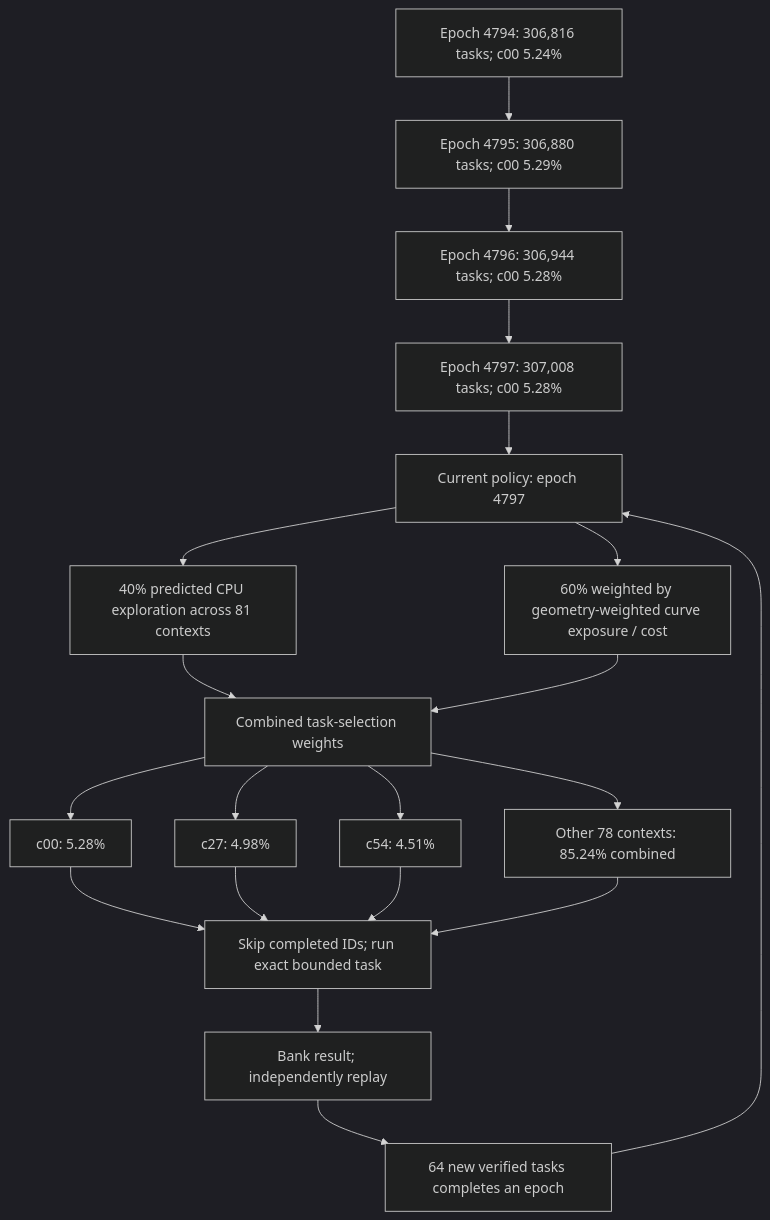
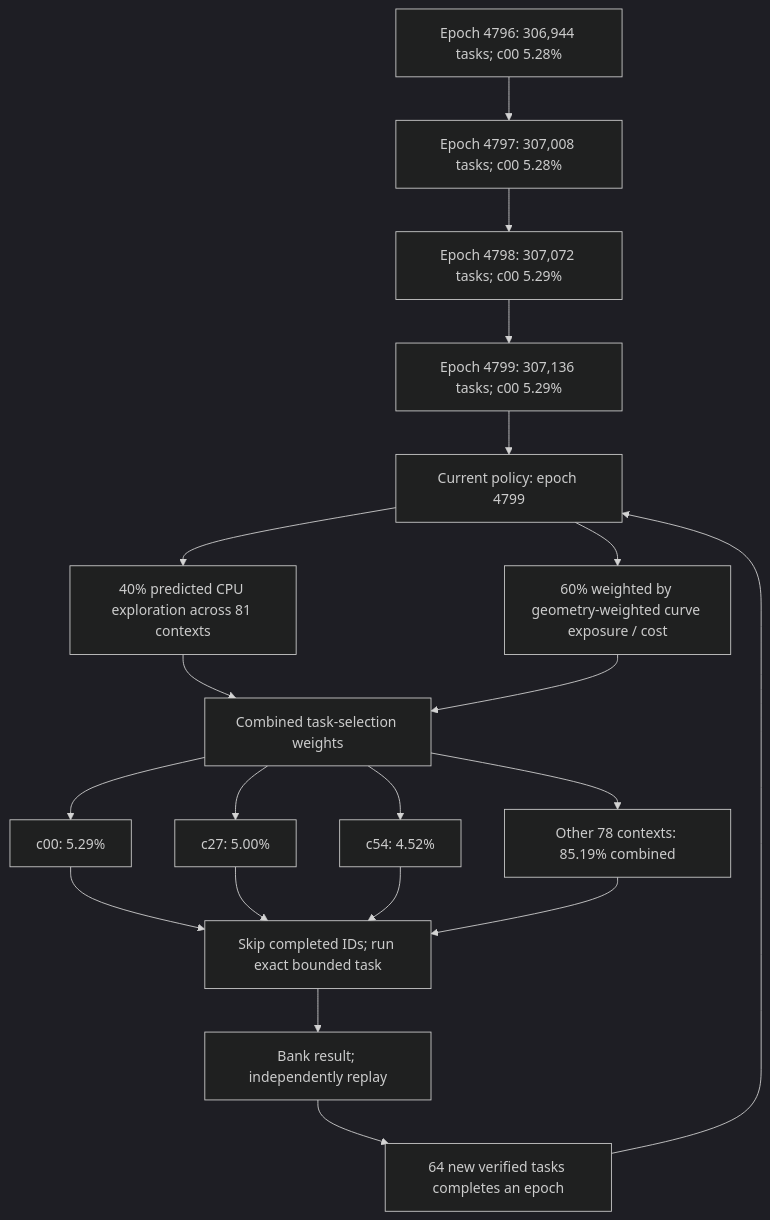
The first of 3 diagrams in README.md (Kuberwastaken/math-gambling), drawn with Mermaid (dark theme) before and after one commit. The commit also changed other lines of this file and 396 other files, not shown here.

````diff
--- a/README.md
+++ b/README.md
@@ -60,27 +60,27 @@
 ```mermaid
 flowchart TD
-    H0["Epoch 4794: 306,816 tasks; c00 5.24%"]
-    H1["Epoch 4795: 306,880 tasks; c00 5.29%"]
+    H0["Epoch 4796: 306,944 tasks; c00 5.28%"]
+    H1["Epoch 4797: 307,008 tasks; c00 5.28%"]
     H0 --> H1
-    H2["Epoch 4796: 306,944 tasks; c00 5.28%"]
+    H2["Epoch 4798: 307,072 tasks; c00 5.29%"]
     H1 --> H2
-    H3["Epoch 4797: 307,008 tasks; c00 5.28%"]
+    H3["Epoch 4799: 307,136 tasks; c00 5.29%"]
     H2 --> H3
-    Policy["Current policy: epoch 4797"]
+    Policy["Current policy: epoch 4799"]
     H3 --> Policy
     Policy --> Explore["40% predicted CPU exploration across 81 contexts"]
     Policy --> Cost["60% weighted by geometry-weighted curve exposure / cost"]
     Explore --> Mix["Combined task-selection weights"]
     Cost --> Mix
-    Mix --> C0["c00: 5.28%"]
-    Mix --> C1["c27: 4.98%"]
-    Mix --> C2["c54: 4.51%"]
-    Mix --> Rest["Other 78 contexts: 85.24% combined"]
+    Mix --> C0["c00: 5.29%"]
+    Mix --> C1["c27: 5.00%"]
+    Mix --> C2["c54: 4.52%"]
+    Mix --> Rest["Other 78 contexts: 85.19% combined"]
     C0 --> Check["Skip completed IDs; run exact bounded task"]
     C1 --> Check
     C2 --> Check
     Rest --> Check
     Check --> Replay["Bank result; independently replay"]
     Replay --> Gate["64 new verified tasks completes an epoch"]
     Gate --> Policy
 ```
````
